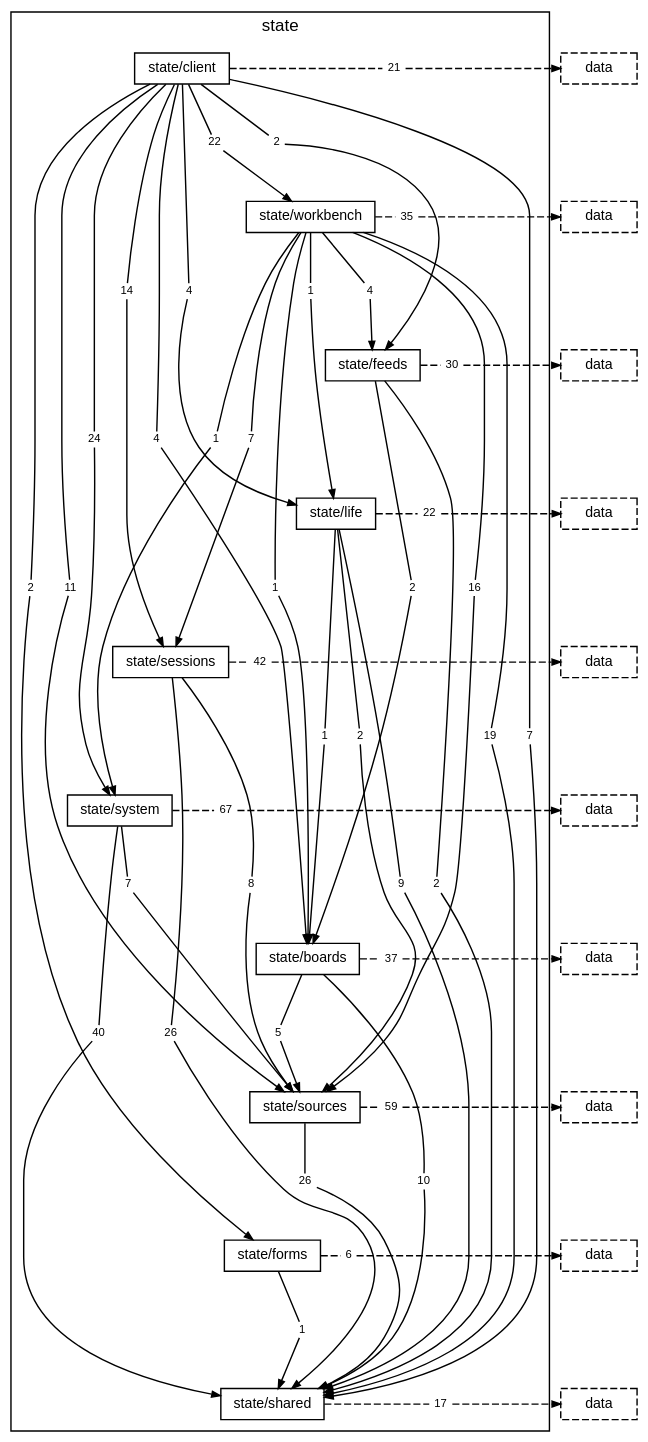
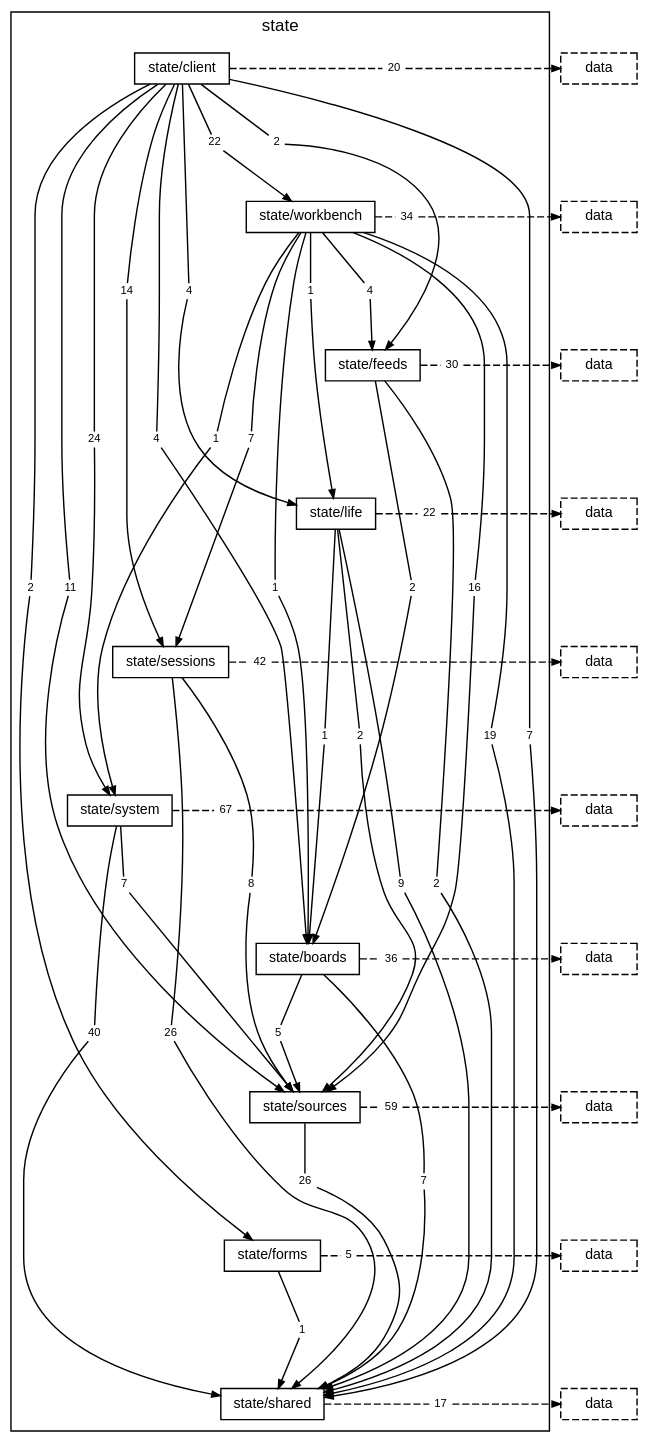
Before and after one commit to TheAxeC/oculus: the diagram in docs/diagrams/layer-state.dot, drawn with Graphviz. The commit also changed 203 other files, not shown here.

```diff
--- a/docs/diagrams/layer-state.dot
+++ b/docs/diagrams/layer-state.dot
@@ -23,7 +23,7 @@
         "folder state/client to folder state/sources" [label="11", shape=box, color="transparent", fontsize=8, width=0, height=0, margin="0.04,0.02"];
         "folder state/client to folder state/system" [label="24", shape=box, color="transparent", fontsize=8, width=0, height=0, margin="0.04,0.02"];
         "folder state/client to folder state/workbench" [label="22", shape=box, color="transparent", fontsize=8, width=0, height=0, margin="0.04,0.02"];
-        "folder state/client to layer data" [label="21", shape=box, color="transparent", fontsize=8, width=0, height=0, margin="0.04,0.02"];
+        "folder state/client to layer data" [label="20", shape=box, color="transparent", fontsize=8, width=0, height=0, margin="0.04,0.02"];
         "folder state/workbench to folder state/boards" [label="1", shape=box, color="transparent", fontsize=8, width=0, height=0, margin="0.04,0.02"];
         "folder state/workbench to folder state/feeds" [label="4", shape=box, color="transparent", fontsize=8, width=0, height=0, margin="0.04,0.02"];
         "folder state/workbench to folder state/life" [label="1", shape=box, color="transparent", fontsize=8, width=0, height=0, margin="0.04,0.02"];
@@ -31,7 +31,7 @@
         "folder state/workbench to folder state/shared" [label="19", shape=box, color="transparent", fontsize=8, width=0, height=0, margin="0.04,0.02"];
         "folder state/workbench to folder state/sources" [label="16", shape=box, color="transparent", fontsize=8, width=0, height=0, margin="0.04,0.02"];
         "folder state/workbench to folder state/system" [label="1", shape=box, color="transparent", fontsize=8, width=0, height=0, margin="0.04,0.02"];
-        "folder state/workbench to layer data" [label="35", shape=box, color="transparent", fontsize=8, width=0, height=0, margin="0.04,0.02"];
+        "folder state/workbench to layer data" [label="34", shape=box, color="transparent", fontsize=8, width=0, height=0, margin="0.04,0.02"];
         "folder state/feeds to folder state/boards" [label="2", shape=box, color="transparent", fontsize=8, width=0, height=0, margin="0.04,0.02"];
         "folder state/feeds to folder state/shared" [label="2", shape=box, color="transparent", fontsize=8, width=0, height=0, margin="0.04,0.02"];
         "folder state/feeds to layer data" [label="30", shape=box, color="transparent", fontsize=8, width=0, height=0, margin="0.04,0.02"];
@@ -45,13 +45,13 @@
         "folder state/system to folder state/shared" [label="40", shape=box, color="transparent", fontsize=8, width=0, height=0, margin="0.04,0.02"];
         "folder state/system to folder state/sources" [label="7", shape=box, color="transparent", fontsize=8, width=0, height=0, margin="0.04,0.02"];
         "folder state/system to layer data" [label="67", shape=box, color="transparent", fontsize=8, width=0, height=0, margin="0.04,0.02"];
-        "folder state/boards to folder state/shared" [label="10", shape=box, color="transparent", fontsize=8, width=0, height=0, margin="0.04,0.02"];
+        "folder state/boards to folder state/shared" [label="7", shape=box, color="transparent", fontsize=8, width=0, height=0, margin="0.04,0.02"];
         "folder state/boards to folder state/sources" [label="5", shape=box, color="transparent", fontsize=8, width=0, height=0, margin="0.04,0.02"];
-        "folder state/boards to layer data" [label="37", shape=box, color="transparent", fontsize=8, width=0, height=0, margin="0.04,0.02"];
+        "folder state/boards to layer data" [label="36", shape=box, color="transparent", fontsize=8, width=0, height=0, margin="0.04,0.02"];
         "folder state/sources to folder state/shared" [label="26", shape=box, color="transparent", fontsize=8, width=0, height=0, margin="0.04,0.02"];
         "folder state/sources to layer data" [label="59", shape=box, color="transparent", fontsize=8, width=0, height=0, margin="0.04,0.02"];
         "folder state/forms to folder state/shared" [label="1", shape=box, color="transparent", fontsize=8, width=0, height=0, margin="0.04,0.02"];
-        "folder state/forms to layer data" [label="6", shape=box, color="transparent", fontsize=8, width=0, height=0, margin="0.04,0.02"];
+        "folder state/forms to layer data" [label="5", shape=box, color="transparent", fontsize=8, width=0, height=0, margin="0.04,0.02"];
         "folder state/shared to layer data" [label="17", shape=box, color="transparent", fontsize=8, width=0, height=0, margin="0.04,0.02"];
     }
     "layer data from folder state/client" [label="data", style=dashed];
```
